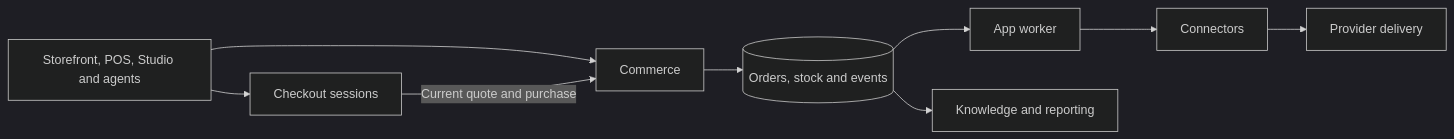
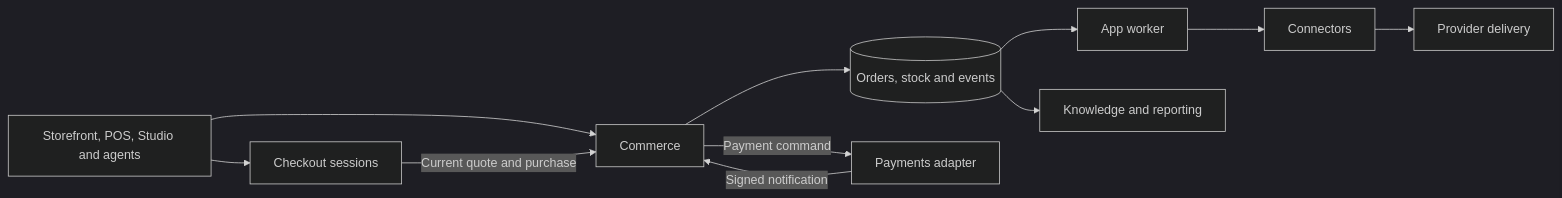
One commit to sthamann/sellama changed the diagram in docs/one-shop-components.md. Above: the diagram before and after it, drawn with Mermaid (dark theme). The commit also changed other lines of this file and 5 other files, not shown here.

````diff
--- a/docs/one-shop-components.md
+++ b/docs/one-shop-components.md
@@ -43,11 +46,13 @@
 ```mermaid
 flowchart LR
   UI["Storefront, POS, Studio and agents"] --> C["Commerce"]
   UI --> Q["Checkout sessions"]
   Q -->|"Current quote and purchase"| C
   C --> DB[("Orders, stock and events")]
+  C -->|"Payment command"| M["Payments adapter"]
+  M -->|"Signed notification"| C
   DB --> W["App worker"]
   W --> D["Connectors"]
   D --> P["Provider delivery"]
   DB --> K["Knowledge and reporting"]
 ```
````
